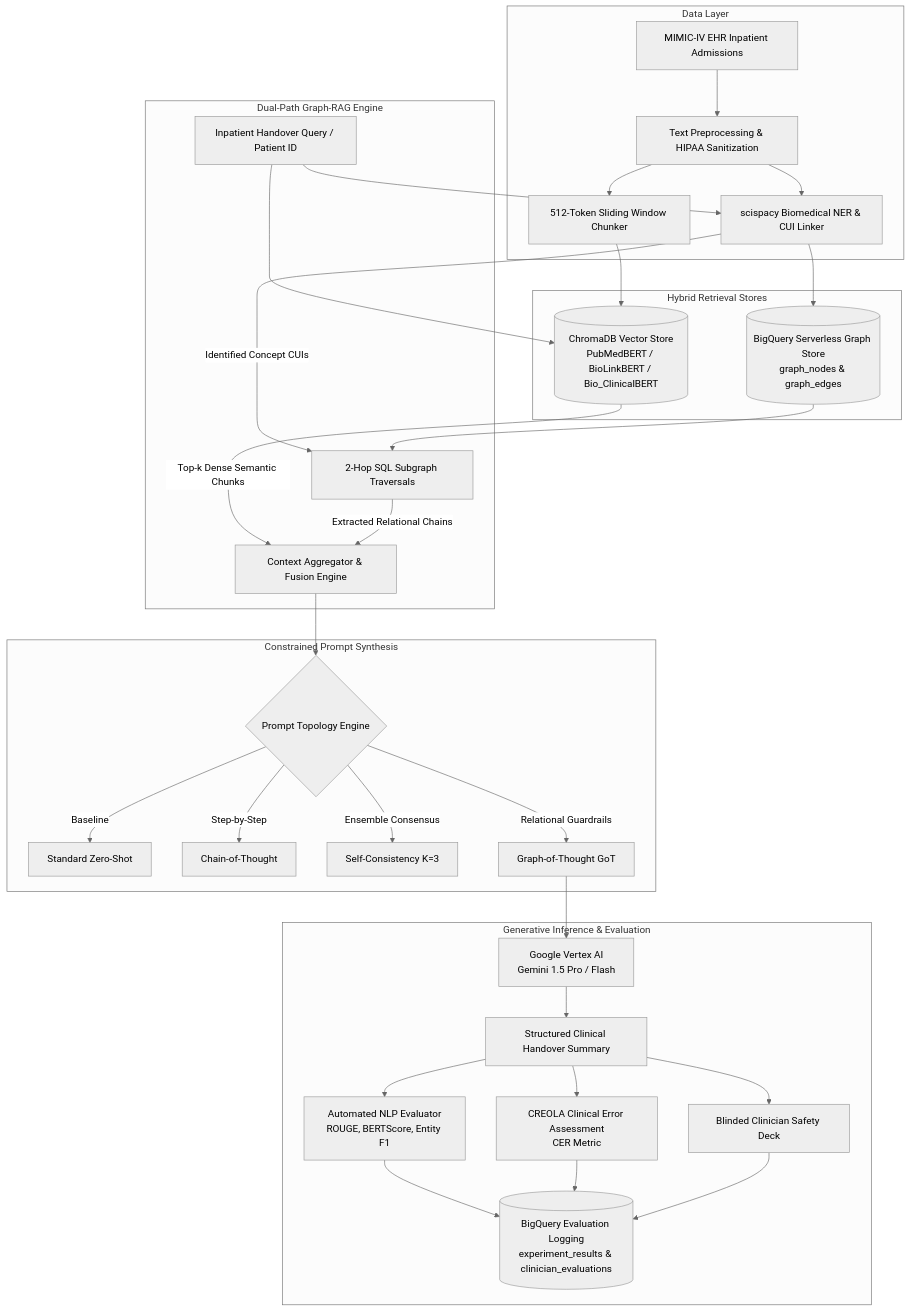
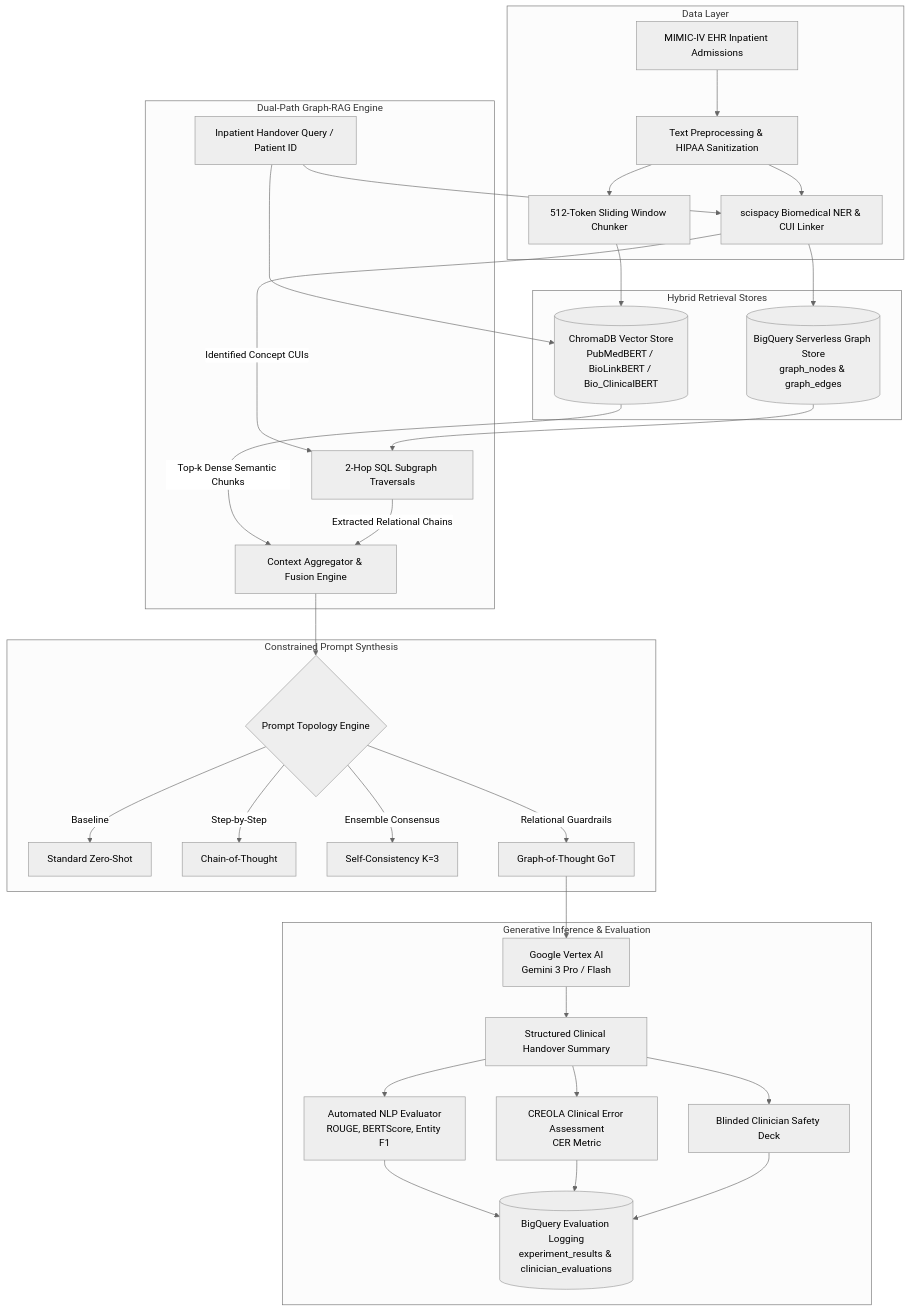
One commit to suddhasatwabhaumik/clinical-summarization-kg-rag changed the diagram in docs/README.md. Above: the diagram before and after it, drawn with Mermaid (neutral theme). The commit also changed other lines of this file and 9 other files, not shown here.

````diff
--- a/docs/README.md
+++ b/docs/README.md
@@ -11,45 +11,45 @@
 ```mermaid
 flowchart TD
     subgraph Data Layer
         A[MIMIC-IV EHR Inpatient Admissions] --> B[Text Preprocessing & HIPAA Sanitization]
         B --> C[512-Token Sliding Window Chunker]
         B --> D[scispacy Biomedical NER & CUI Linker]
     end
 
     subgraph Hybrid Retrieval Stores
         C --> E[(ChromaDB Vector Store
 PubMedBERT / BioLinkBERT / Bio_ClinicalBERT)]
         D --> F[(BigQuery Serverless Graph Store
 graph_nodes & graph_edges)]
     end
 
     subgraph Dual-Path Graph-RAG Engine
         Q[Inpatient Handover Query / Patient ID] --> E
         Q --> D
         E -->|Top-k Dense Semantic Chunks| H[Context Aggregator & Fusion Engine]
         D -->|Identified Concept CUIs| G[2-Hop SQL Subgraph Traversals]
         F --> G
         G -->|Extracted Relational Chains| H
     end
 
     subgraph Constrained Prompt Synthesis
         H --> I{Prompt Topology Engine}
         I -->|Baseline| J1[Standard Zero-Shot]
         I -->|Step-by-Step| J2[Chain-of-Thought]
         I -->|Ensemble Consensus| J3[Self-Consistency K=3]
         I -->|Relational Guardrails| J4[Graph-of-Thought GoT]
     end
 
     subgraph Generative Inference & Evaluation
         J4 --> K[Google Vertex AI
-Gemini 1.5 Pro / Flash]
+Gemini 3 Pro / Flash]
         K --> L[Structured Clinical Handover Summary]
         L --> M[Automated NLP Evaluator
 ROUGE, BERTScore, Entity F1]
         L --> N[CREOLA Clinical Error Assessment
 CER Metric]
         L --> O[Blinded Clinician Safety Deck]
         M & N & O --> P[(BigQuery Evaluation Logging
 experiment_results & clinician_evaluations)]
     end
 ```
````
